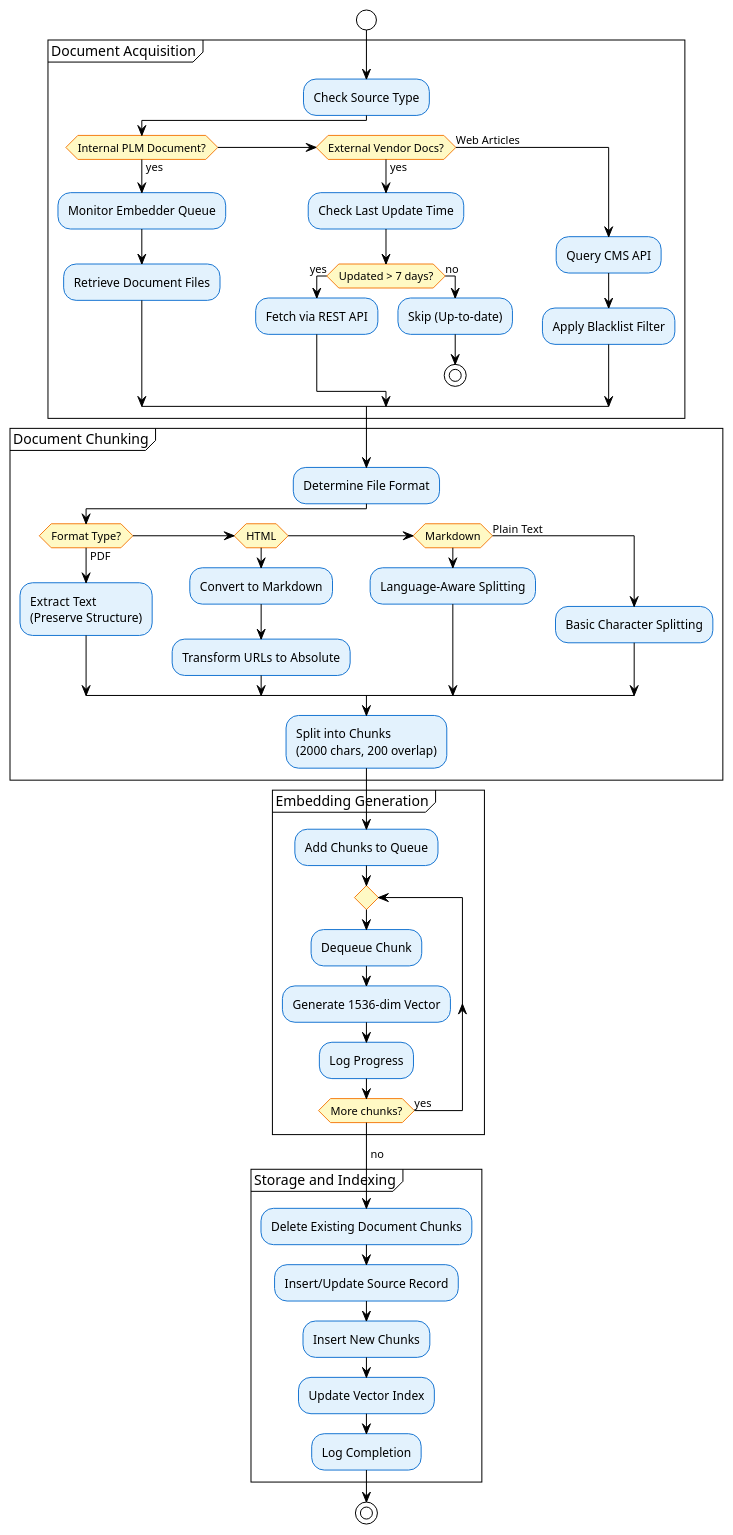
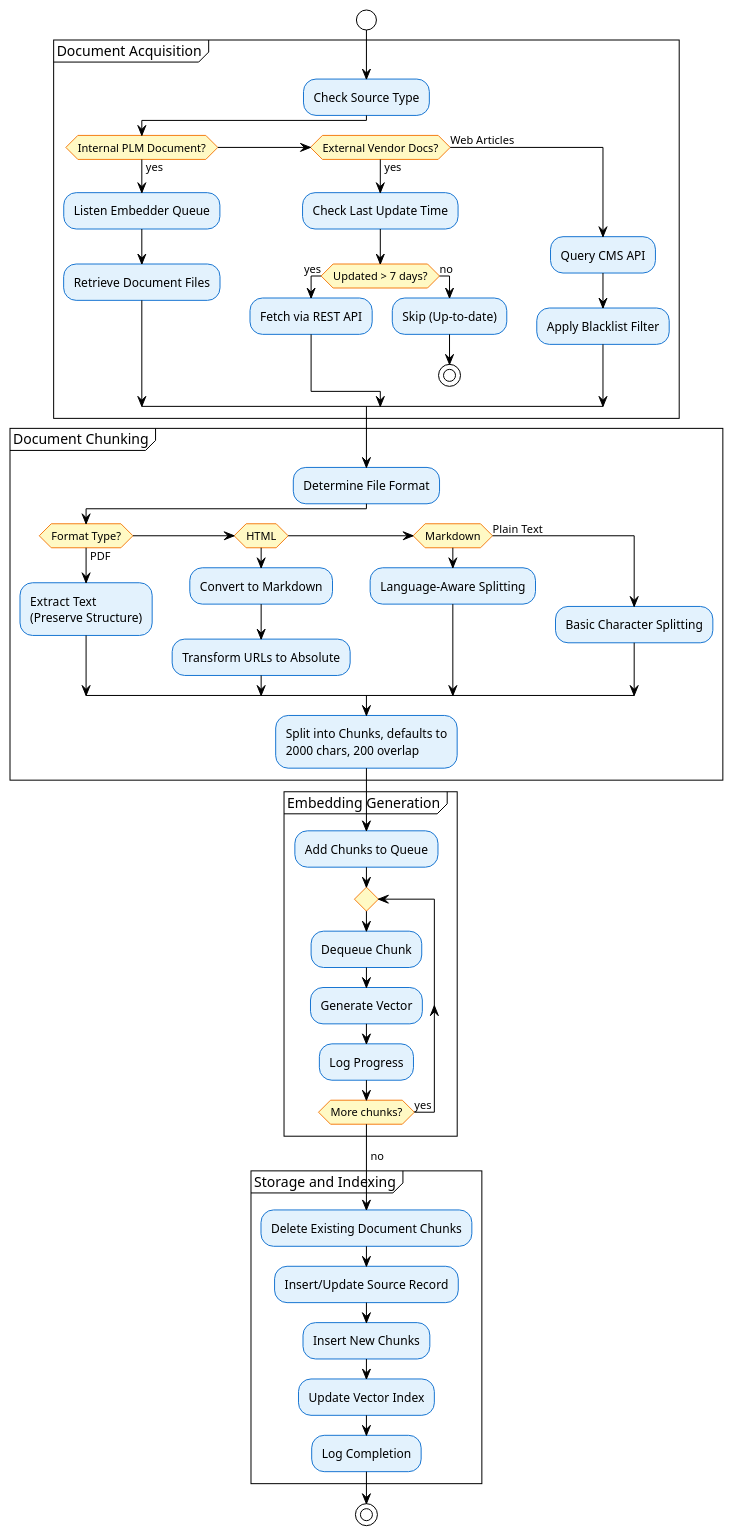
Before and after one commit to 3liasP/msc-thesis: the diagram in diagrams/documentation-pipeline.pu, drawn with PlantUML. The commit also changed 7 other files, not shown here.

```diff
--- a/diagrams/documentation-pipeline.pu
+++ b/diagrams/documentation-pipeline.pu
@@ -1,66 +1,66 @@
 @startuml
 !theme plain
 skinparam ActivityBackgroundColor #E3F2FD
 skinparam ActivityBorderColor #1976D2
 skinparam ActivityDiamondBackgroundColor #FFF9C4
 skinparam ActivityDiamondBorderColor #F57F17
 skinparam nodesep 10
 skinparam ranksep 20
 
 start
 
 partition "Document Acquisition" {
     :Check Source Type;
     if (Internal PLM Document?) then (yes)
-        :Monitor Embedder Queue;
+        :Listen Embedder Queue;
         :Retrieve Document Files;
     elseif (External Vendor Docs?) then (yes)
         :Check Last Update Time;
         if (Updated > 7 days?) then (yes)
             :Fetch via REST API;
         else (no)
             :Skip (Up-to-date);
             stop
         endif
     else (Web Articles)
         :Query CMS API;
         :Apply Blacklist Filter;
     endif
 }
 
 partition "Document Chunking" {
     :Determine File Format;
     if (Format Type?) then (PDF)
         :Extract Text\n(Preserve Structure);
     elseif (HTML) then
         :Convert to Markdown;
         :Transform URLs to Absolute;
     elseif (Markdown) then
         :Language-Aware Splitting;
     else (Plain Text)
         :Basic Character Splitting;
     endif
-    :Split into Chunks\n(2000 chars, 200 overlap);
+    :Split into Chunks, defaults to\n2000 chars, 200 overlap;
 }
 
 partition "Embedding Generation" {
     :Add Chunks to Queue;
     repeat
         :Dequeue Chunk;
-        :Generate 1536-dim Vector;
+        :Generate Vector;
         :Log Progress;
     repeat while (More chunks?) is (yes)
     ->no;
 }
 
 partition "Storage and Indexing" {
     :Delete Existing Document Chunks;
     :Insert/Update Source Record;
     :Insert New Chunks;
     :Update Vector Index;
     :Log Completion;
 }
 
 stop
 
 @enduml
```
